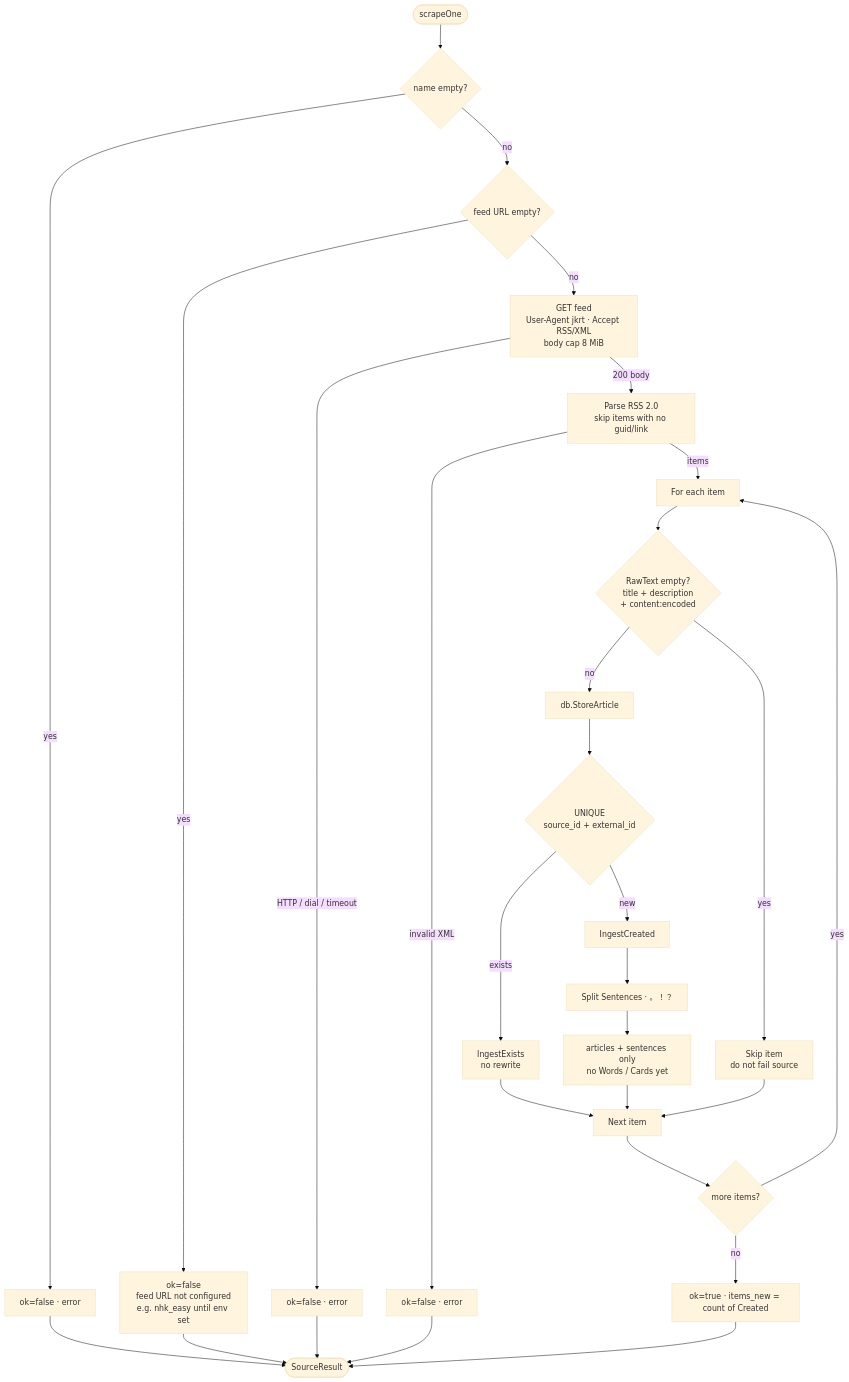
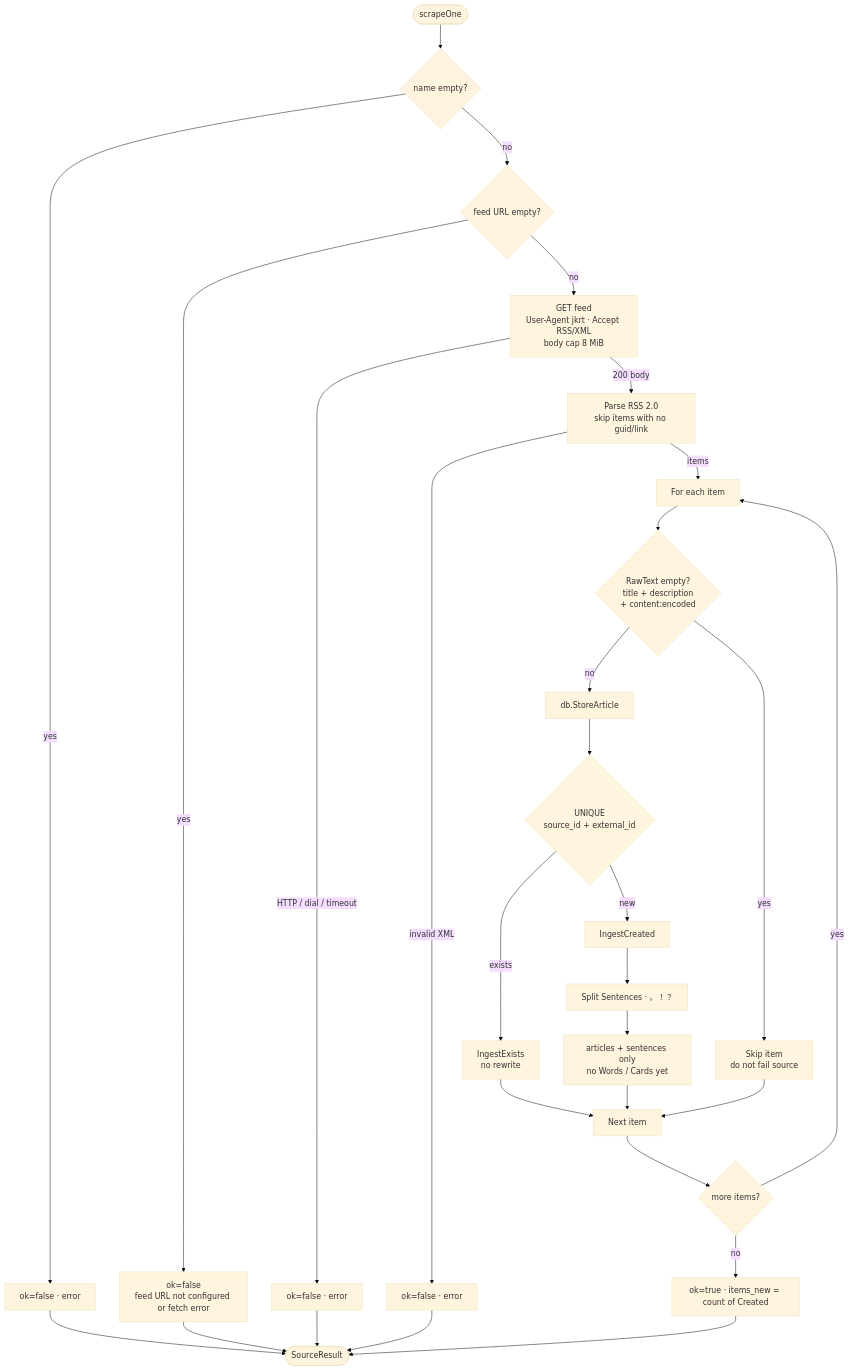
Before and after one commit to rikiisworking/jkrt: the third of 7 diagrams in README.md, drawn with Mermaid (base theme). The commit also changed other lines of this file and 37 other files, not shown here.

First line of the commit message:
feat: N2+ extract filter, tap sentences, drop NHK Easy, fix review freeze

````diff
--- a/README.md
+++ b/README.md
@@ -106,34 +105,34 @@
 ```mermaid
 flowchart TD
   Start([scrapeOne]) --> Name{name empty?}
   Name -->|yes| Err1[ok=false · error]
   Name -->|no| URL{feed URL empty?}
-  URL -->|yes| Soft[ok=false<br/>feed URL not configured<br/>e.g. nhk_easy until env set]
+  URL -->|yes| Soft[ok=false<br/>feed URL not configured or fetch error]
   URL -->|no| Fetch[GET feed<br/>User-Agent jkrt · Accept RSS/XML<br/>body cap 8 MiB]
   Fetch -->|HTTP / dial / timeout| Err2[ok=false · error]
   Fetch -->|200 body| Parse[Parse RSS 2.0<br/>skip items with no guid/link]
   Parse -->|invalid XML| Err3[ok=false · error]
   Parse -->|items| Each[For each item]
 
   Each --> Raw{RawText empty?<br/>title + description<br/>+ content:encoded}
   Raw -->|yes| Skip[Skip item<br/>do not fail source]
   Raw -->|no| Store[db.StoreArticle]
 
   Store --> Dedupe{UNIQUE<br/>source_id + external_id}
   Dedupe -->|exists| Exists[IngestExists<br/>no rewrite]
   Dedupe -->|new| Create[IngestCreated]
   Create --> Split[Split Sentences · 。！？]
   Split --> Lib[articles + sentences only<br/>no Words / Cards yet]
   Exists --> NextItem[Next item]
   Lib --> NextItem
   Skip --> NextItem
   NextItem --> More{more items?}
   More -->|yes| Each
   More -->|no| OK[ok=true · items_new = count of Created]
 
   Err1 --> Done([SourceResult])
   Soft --> Done
   Err2 --> Done
   Err3 --> Done
   OK --> Done
 ```
````
